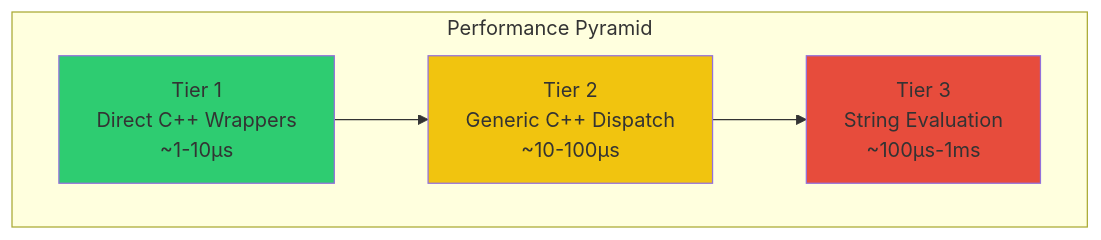
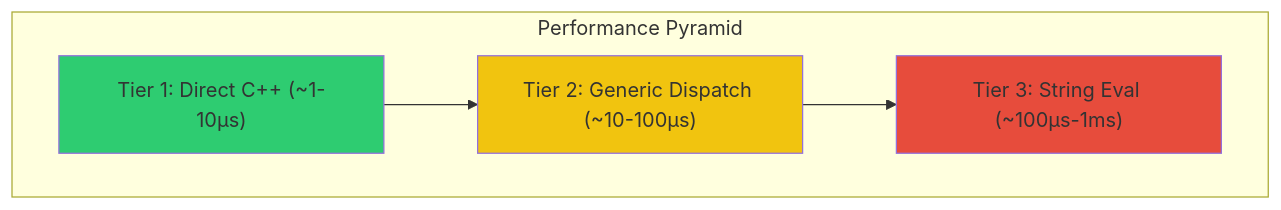
One commit to s-celles/Giac.jl changed the first of 3 diagrams in docs/src/developer/tier-system.md. Above: the diagram before and after it, drawn with Mermaid. The commit also changed 2 other files, not shown here.

Commit message:
fix: update Mermaid diagrams for v11.x compatibility
Remove <br/> tags from Mermaid diagram node labels which cause
syntax errors in Mermaid 11.x. Use parentheses and shorter labels
instead.

````diff
--- a/docs/src/developer/tier-system.md
+++ b/docs/src/developer/tier-system.md
@@ -7,15 +7,15 @@
 ```mermaid
 graph TB
-    subgraph "Performance Pyramid"
-        A["Tier 1<br/>Direct C++ Wrappers<br/>~1-10μs"]
-        B["Tier 2<br/>Generic C++ Dispatch<br/>~10-100μs"]
-        C["Tier 3<br/>String Evaluation<br/>~100μs-1ms"]
+    subgraph Performance_Pyramid["Performance Pyramid"]
+        A["Tier 1: Direct C++ (~1-10μs)"]
+        B["Tier 2: Generic Dispatch (~10-100μs)"]
+        C["Tier 3: String Eval (~100μs-1ms)"]
     end
 
     A --> B
     B --> C
 
     style A fill:#2ecc71
     style B fill:#f1c40f
     style C fill:#e74c3c
 ```
````
